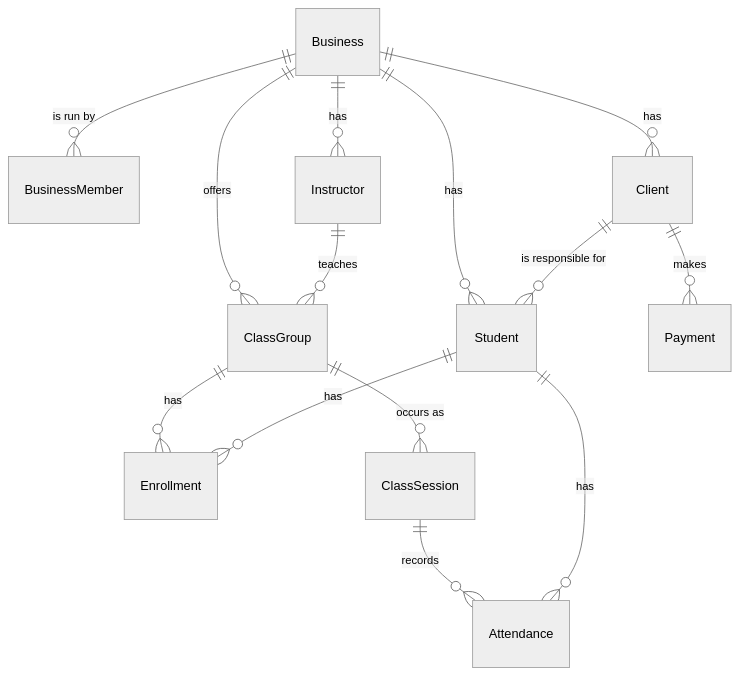
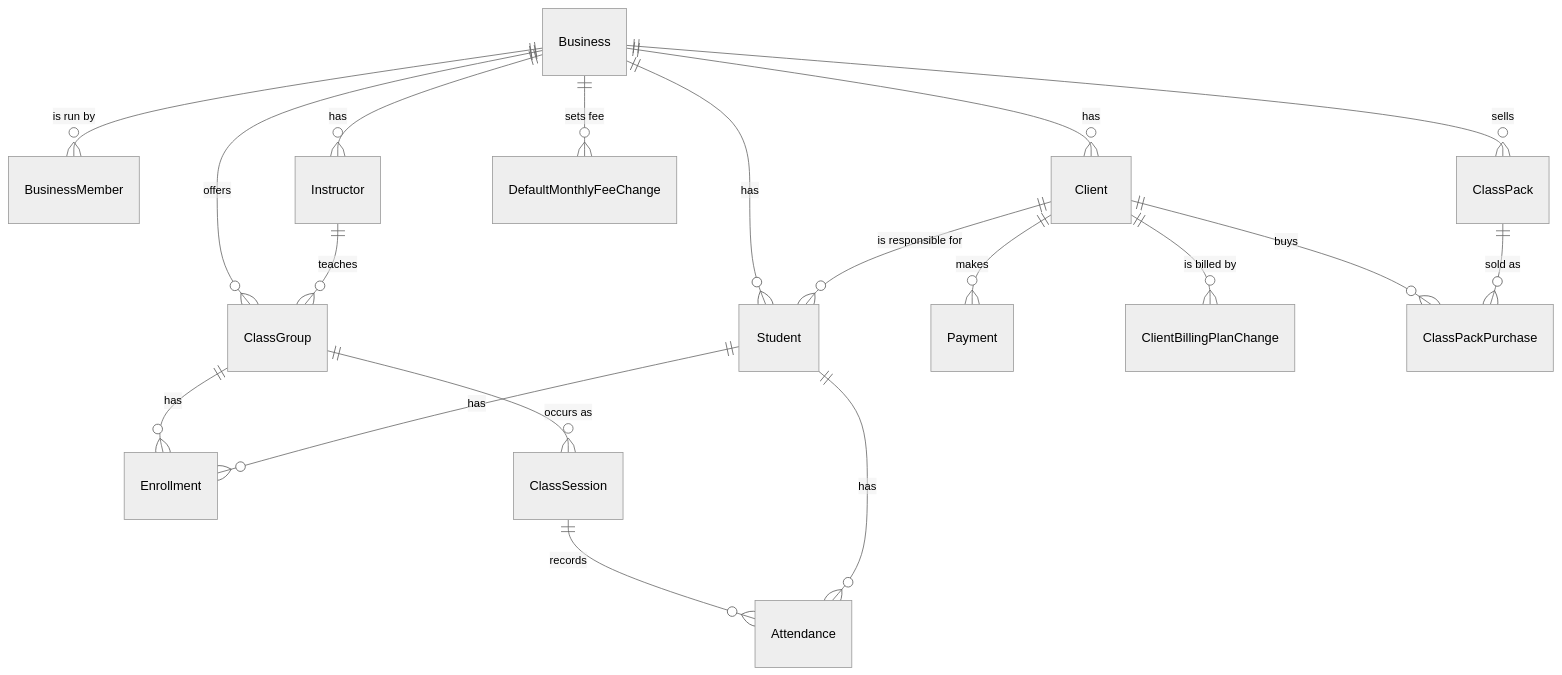
The diagram in docs/backend/domain-model.md (alejandrolazarte/class-manager), drawn with Mermaid (neutral theme) before and after one commit. The commit also changed other lines of this file and 120 other files, not shown here.

````diff
--- a/docs/backend/domain-model.md
+++ b/docs/backend/domain-model.md
@@ -15,16 +15,21 @@
 ```mermaid
 erDiagram
     Business ||--o{ BusinessMember : "is run by"
     Business ||--o{ Client : has
     Business ||--o{ Student : has
     Client ||--o{ Student : "is responsible for"
     Business ||--o{ Instructor : has
     Business ||--o{ ClassGroup : offers
     Instructor ||--o{ ClassGroup : teaches
     ClassGroup ||--o{ Enrollment : has
     Student ||--o{ Enrollment : has
     ClassGroup ||--o{ ClassSession : "occurs as"
     ClassSession ||--o{ Attendance : records
     Student ||--o{ Attendance : has
     Client ||--o{ Payment : makes
+    Business ||--o{ DefaultMonthlyFeeChange : "sets fee"
+    Client ||--o{ ClientBillingPlanChange : "is billed by"
+    Business ||--o{ ClassPack : sells
+    Client ||--o{ ClassPackPurchase : buys
+    ClassPack ||--o{ ClassPackPurchase : "sold as"
 ```
````
